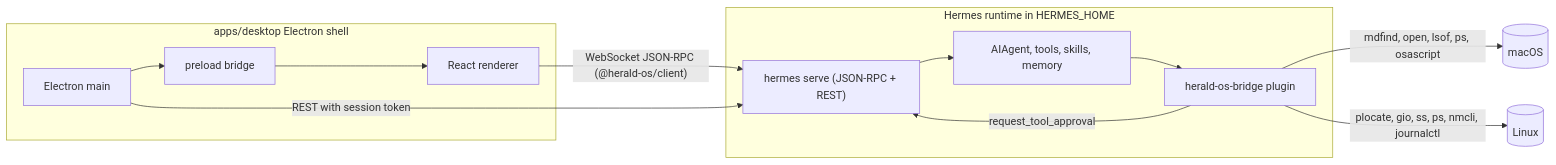
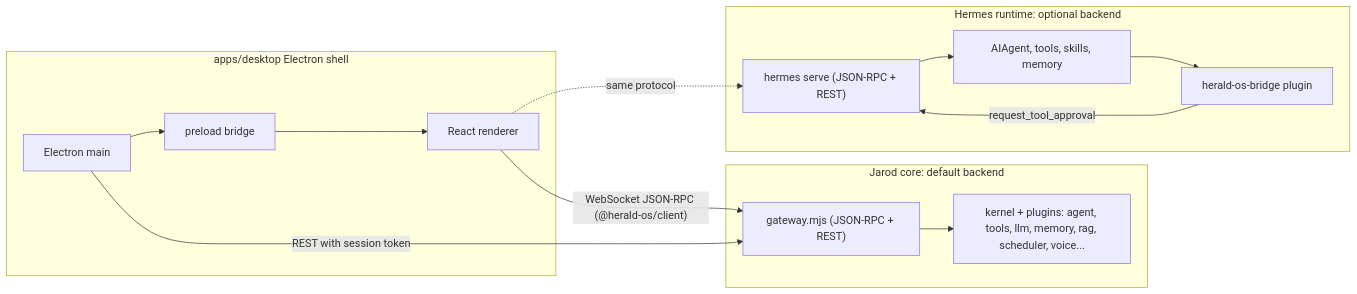
Before and after one commit to Liska11/jarod-os: the diagram in docs/ARCHITECTURE.md, drawn with Mermaid. The commit also changed other lines of this file and 2 other files, not shown here.

First line of the commit message:
docs: the Jarod core is the backend; Hermes is the option

````diff
--- a/docs/ARCHITECTURE.md
+++ b/docs/ARCHITECTURE.md
@@ -22,20 +24,24 @@
 ```mermaid
 flowchart LR
   subgraph shell [apps/desktop Electron shell]
     Main[Electron main]
     Preload[preload bridge]
     Renderer[React renderer]
     Main --> Preload --> Renderer
   end
-  subgraph runtime [Hermes runtime in HERMES_HOME]
+  subgraph core [Jarod core: default backend]
+    Gateway["gateway.mjs (JSON-RPC + REST)"]
+    Kernel[kernel + plugins: agent, tools, llm, memory, rag, scheduler, voice...]
+    Gateway --> Kernel
+  end
+  subgraph hermes [Hermes runtime: optional backend]
     Serve["hermes serve (JSON-RPC + REST)"]
     Agent[AIAgent, tools, skills, memory]
     Bridge[herald-os-bridge plugin]
     Serve --> Agent --> Bridge
   end
-  Renderer -->|"WebSocket JSON-RPC (@herald-os/client)"| Serve
-  Main -->|"REST with session token"| Serve
+  Renderer -->|"WebSocket JSON-RPC (@herald-os/client)"| Gateway
+  Main -->|"REST with session token"| Gateway
+  Renderer -.->|same protocol| Serve
   Bridge -->|"request_tool_approval"| Serve
-  Bridge -->|"mdfind, open, lsof, ps, osascript"| macOS[(macOS)]
-  Bridge -->|"plocate, gio, ss, ps, nmcli, journalctl"| Linux[(Linux)]
 ```
````
